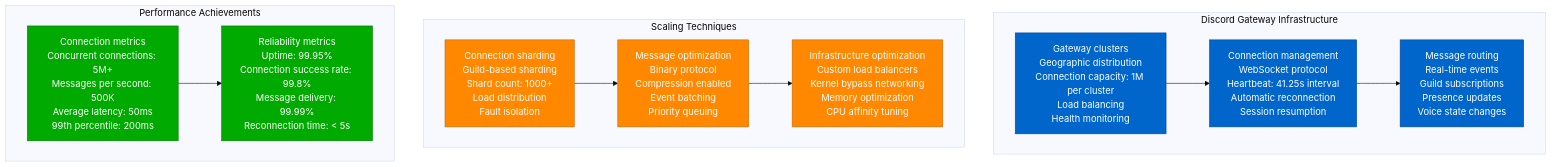
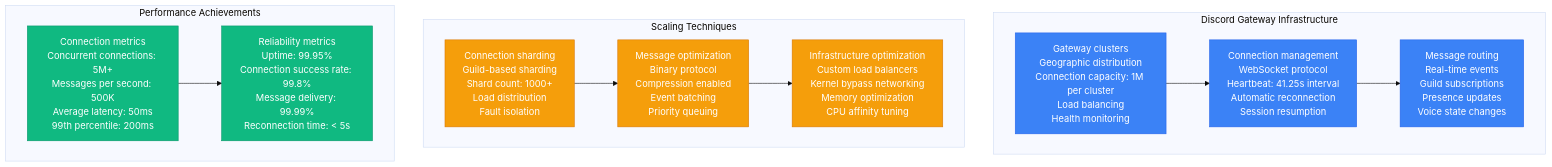
Before and after one commit to deepaucksharma/DS: the ninth of 11 diagrams in site/docs/performance/websocket-performance-profile.md, drawn with Mermaid (base theme). The commit also changed other lines of this file and 303 other files, not shown here.

````diff
--- a/site/docs/performance/websocket-performance-profile.md
+++ b/site/docs/performance/websocket-performance-profile.md
@@ -349,38 +349,38 @@
 ```mermaid
 graph TB
     subgraph "Discord Gateway Infrastructure"
         GATEWAY1[Gateway clusters<br/>Geographic distribution<br/>Connection capacity: 1M per cluster<br/>Load balancing<br/>Health monitoring]
 
         GATEWAY2[Connection management<br/>WebSocket protocol<br/>Heartbeat: 41.25s interval<br/>Automatic reconnection<br/>Session resumption]
 
         GATEWAY3[Message routing<br/>Real-time events<br/>Guild subscriptions<br/>Presence updates<br/>Voice state changes]
 
         GATEWAY1 --> GATEWAY2 --> GATEWAY3
     end
 
     subgraph "Scaling Techniques"
         SCALE1[Connection sharding<br/>Guild-based sharding<br/>Shard count: 1000+<br/>Load distribution<br/>Fault isolation]
 
         SCALE2[Message optimization<br/>Binary protocol<br/>Compression enabled<br/>Event batching<br/>Priority queuing]
 
         SCALE3[Infrastructure optimization<br/>Custom load balancers<br/>Kernel bypass networking<br/>Memory optimization<br/>CPU affinity tuning]
 
         SCALE1 --> SCALE2 --> SCALE3
     end
 
     subgraph "Performance Achievements"
         PERF1[Connection metrics<br/>Concurrent connections: 5M+<br/>Messages per second: 500K<br/>Average latency: 50ms<br/>99th percentile: 200ms]
 
         PERF2[Reliability metrics<br/>Uptime: 99.95%<br/>Connection success rate: 99.8%<br/>Message delivery: 99.99%<br/>Reconnection time: < 5s]
 
         PERF1 --> PERF2
     end
 
-    classDef gatewayStyle fill:#0066CC,stroke:#004499,color:#fff
-    classDef scaleStyle fill:#FF8800,stroke:#CC6600,color:#fff
-    classDef perfStyle fill:#00AA00,stroke:#007700,color:#fff
+    classDef gatewayStyle fill:#3B82F6,stroke:#2563EB,color:#fff
+    classDef scaleStyle fill:#F59E0B,stroke:#D97706,color:#fff
+    classDef perfStyle fill:#10B981,stroke:#059669,color:#fff
 
     class GATEWAY1,GATEWAY2,GATEWAY3 gatewayStyle
     class SCALE1,SCALE2,SCALE3 scaleStyle
     class PERF1,PERF2 perfStyle
 ```
````
